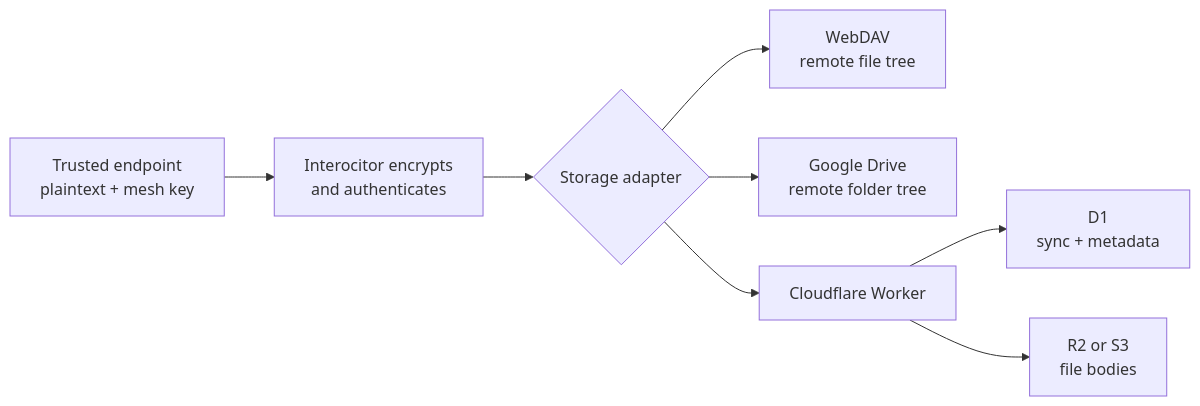
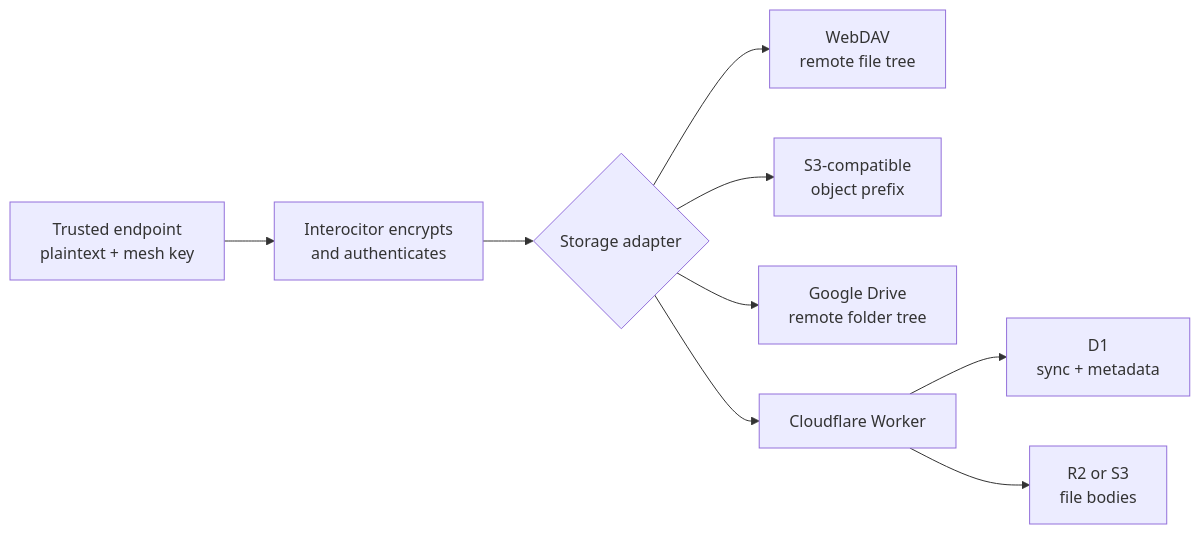
The diagram in docs/site/content/storage.md (Machine-Garden/interocitor), drawn with Mermaid before and after one commit. The commit also changed other lines of this file and 21 other files, not shown here.

````diff
--- a/docs/site/content/storage.md
+++ b/docs/site/content/storage.md
@@ -37,10 +37,11 @@
 ```mermaid
 flowchart LR
     L[Trusted endpoint<br/>plaintext + mesh key] --> P[Interocitor encrypts<br/>and authenticates]
     P --> A{Storage adapter}
     A --> W[WebDAV<br/>remote file tree]
+    A --> S[S3-compatible<br/>object prefix]
     A --> G[Google Drive<br/>remote folder tree]
     A --> C[Cloudflare Worker]
     C --> D[D1<br/>sync + metadata]
     C --> F[R2 or S3<br/>file bodies]
 ```
````
